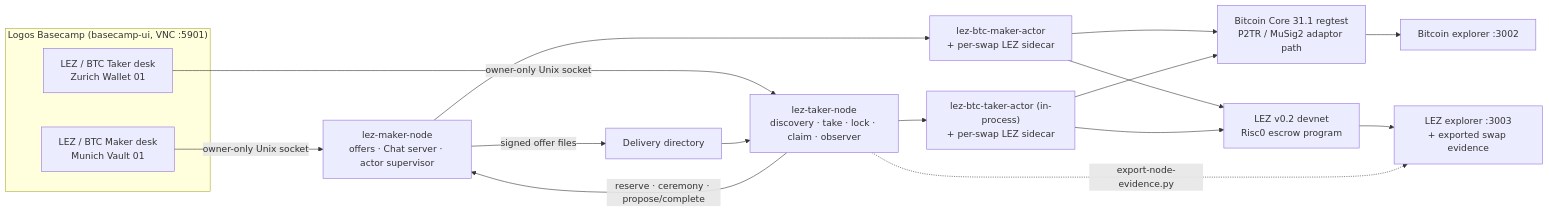
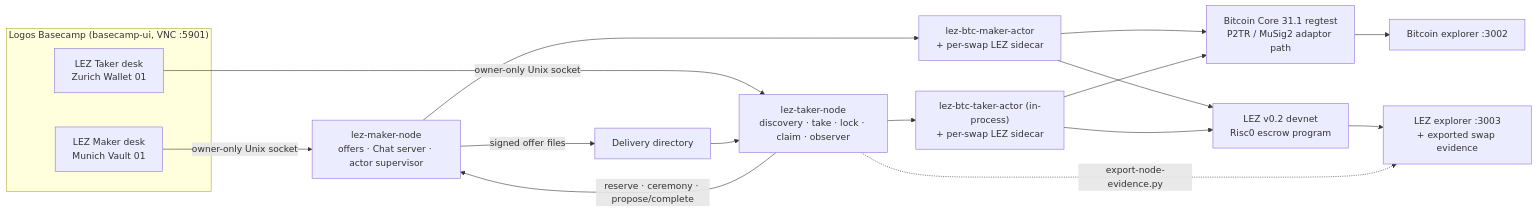
One commit to gateway-fm/lez-atomic-swaps changed the first of 3 diagrams in docs/diagrams.md. Above: the diagram before and after it, drawn with Mermaid. The commit also changed 457 other files, not shown here.

````diff
--- a/docs/diagrams.md
+++ b/docs/diagrams.md
@@ -18,26 +18,26 @@
 ```mermaid
 flowchart LR
     subgraph UI["Logos Basecamp (basecamp-ui, VNC :5901)"]
-        MAKER_UI["LEZ / BTC Maker desk\nMunich Vault 01"]
-        TAKER_UI["LEZ / BTC Taker desk\nZurich Wallet 01"]
+        MAKER_UI["LEZ Maker desk\nMunich Vault 01"]
+        TAKER_UI["LEZ Taker desk\nZurich Wallet 01"]
     end
 
     MAKER_UI -->|"owner-only Unix socket"| MAKER["lez-maker-node\noffers · Chat server · actor supervisor"]
     TAKER_UI -->|"owner-only Unix socket"| TAKER["lez-taker-node\ndiscovery · take · lock · claim · observer"]
 
     MAKER -->|"signed offer files"| DELIVERY["Delivery directory"]
     DELIVERY --> TAKER
     TAKER -->|"reserve · ceremony · propose/complete"| MAKER
 
     MAKER --> MAKER_ACTOR["lez-btc-maker-actor\n+ per-swap LEZ sidecar"]
     TAKER --> TAKER_ACTOR["lez-btc-taker-actor (in-process)\n+ per-swap LEZ sidecar"]
 
     MAKER_ACTOR --> BTC["Bitcoin Core 31.1 regtest\nP2TR / MuSig2 adaptor path"]
     MAKER_ACTOR --> LEZ["LEZ v0.2 devnet\nRisc0 escrow program"]
     TAKER_ACTOR --> BTC
     TAKER_ACTOR --> LEZ
 
     BTC --> BTC_EXPLORER["Bitcoin explorer :3002"]
     LEZ --> LEZ_EXPLORER["LEZ explorer :3003\n+ exported swap evidence"]
     TAKER -.->|"export-node-evidence.py"| LEZ_EXPLORER
 ```
````
